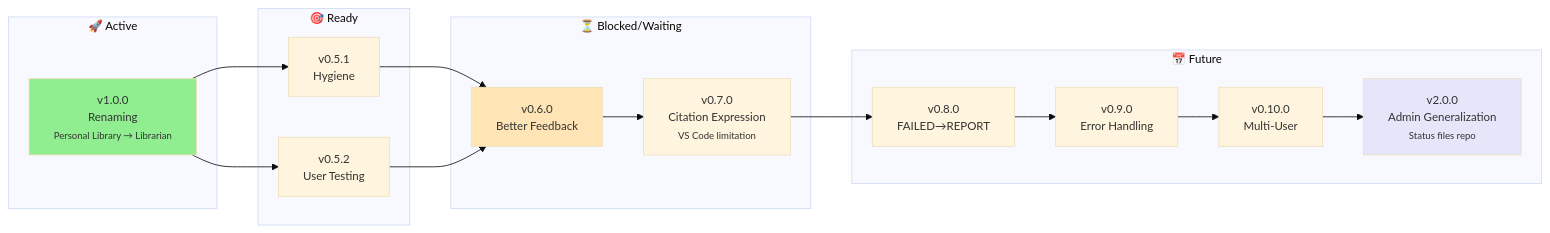
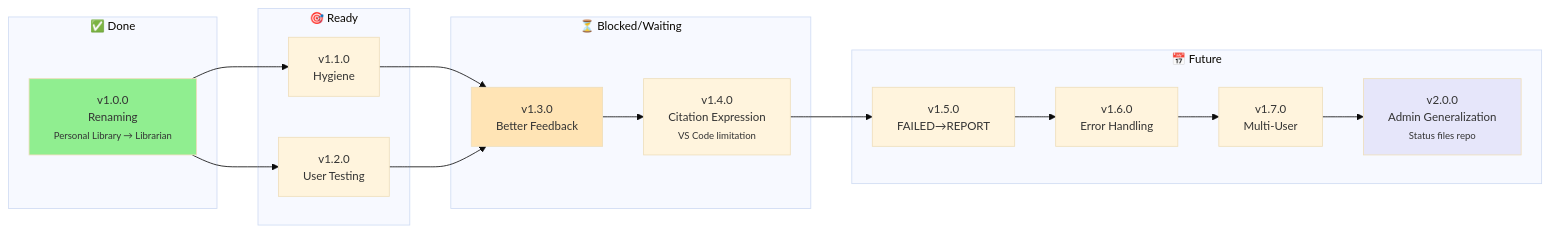
The diagram in engine/docs/ROADMAP.md (nonlinear/personal-library), drawn with Mermaid before and after one commit. The commit also changed other lines of this file and 7 other files, not shown here.

````diff
--- a/engine/docs/ROADMAP.md
+++ b/engine/docs/ROADMAP.md
@@ -3,38 +14,38 @@
 ```mermaid
 %%{init: {'theme':'base', 'themeVariables': { 'fontSize':'14px'}}}%%
 graph LR
-    subgraph "🚀 Active"
+    subgraph "✅ Done"
         V1[v1.0.0<br/>Renaming<br/><small>Personal Library → Librarian</small>]
     end
 
     subgraph "🎯 Ready"
-        V5B[v0.5.1<br/>Hygiene]
-        V5C[v0.5.2<br/>User Testing]
+        V11[v1.1.0<br/>Hygiene]
+        V12[v1.2.0<br/>User Testing]
     end
 
     subgraph "⏳ Blocked/Waiting"
-        V7[v0.7.0<br/>Citation Expression<br/><small>VS Code limitation</small>]
-        V6[v0.6.0<br/>Better Feedback]
+        V14[v1.4.0<br/>Citation Expression<br/><small>VS Code limitation</small>]
+        V13[v1.3.0<br/>Better Feedback]
     end
 
     subgraph "📅 Future"
-        V8[v0.8.0<br/>FAILED→REPORT]
-        V9[v0.9.0<br/>Error Handling]
-        V10[v0.10.0<br/>Multi-User]
-        ADMIN[v2.0.0<br/>Admin Generalization<br/><small>Status files repo</small>]
+        V15[v1.5.0<br/>FAILED→REPORT]
+        V16[v1.6.0<br/>Error Handling]
+        V17[v1.7.0<br/>Multi-User]
+        V2[v2.0.0<br/>Admin Generalization<br/><small>Status files repo</small>]
     end
 
-    V1 --> V5B
-    V1 --> V5C
-    V5B --> V6
-    V5C --> V6
-    V6 --> V7
-    V7 --> V8
-    V8 --> V9
-    V9 --> V10
-    V10 --> ADMIN
+    V1 --> V11
+    V1 --> V12
+    V11 --> V13
+    V12 --> V13
+    V13 --> V14
+    V14 --> V15
+    V15 --> V16
+    V16 --> V17
+    V17 --> V2
 
     style V1 fill:#90EE90
-    style V6 fill:#FFE4B5
-    style ADMIN fill:#E6E6FA
+    style V13 fill:#FFE4B5
+    style V2 fill:#E6E6FA
 ```
````
